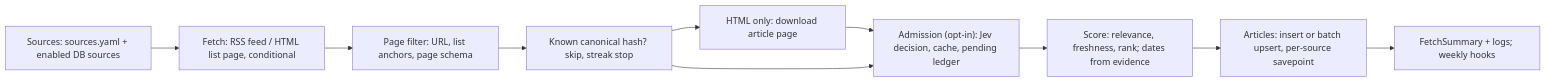
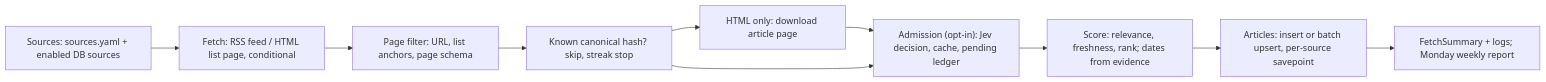
The diagram in src/app/core/ingestion/pipeline.md (Orlv-85/AI_PARSER), drawn with Mermaid before and after one commit. The commit also changed other lines of this file and 51 other files, not shown here.

First line of the commit message:
feat(017): R1, delete weekly v2 code and its collection hooks

````diff
--- a/src/app/core/ingestion/pipeline.md
+++ b/src/app/core/ingestion/pipeline.md
@@ -28,12 +28,12 @@
 ```mermaid
 flowchart LR
   sources["Sources: sources.yaml + enabled DB sources"] --> fetch["Fetch: RSS feed / HTML list page, conditional"]
   fetch --> filter["Page filter: URL, list anchors, page schema"]
   filter --> known["Known canonical hash? skip, streak stop"]
   known --> body["HTML only: download article page"]
   body --> screen["Admission (opt-in): Jev decision, cache, pending ledger"]
   known --> screen
   screen --> score["Score: relevance, freshness, rank; dates from evidence"]
   score --> store["Articles: insert or batch upsert, per-source savepoint"]
-  store --> summary["FetchSummary + logs; weekly hooks"]
+  store --> summary["FetchSummary + logs; Monday weekly report"]
 ```
````
